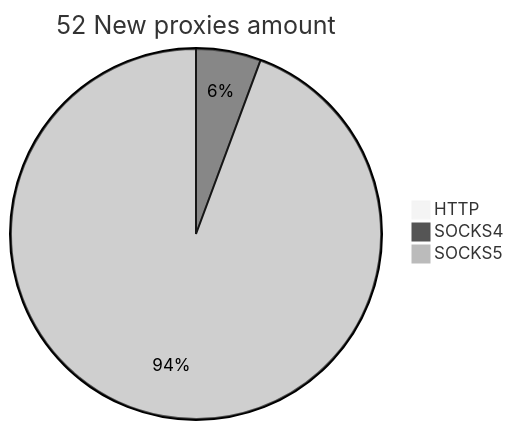
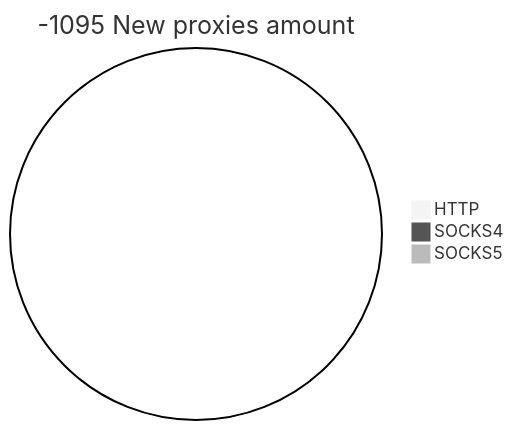
One commit to cutipu/proxylist changed the second of 2 diagrams in README.md. Above: the diagram before and after it, drawn with Mermaid (neutral theme). The commit also changed other lines of this file, not shown here.

````diff
--- a/README.md
+++ b/README.md
@@ -10,6 +10,6 @@
 ```mermaid
-pie title 52 New proxies amount
+pie title -1095 New proxies amount
     "HTTP" : 0
-    "SOCKS4" : 3
-    "SOCKS5" : 50
+    "SOCKS4" : 0
+    "SOCKS5" : 0
 ```
````
